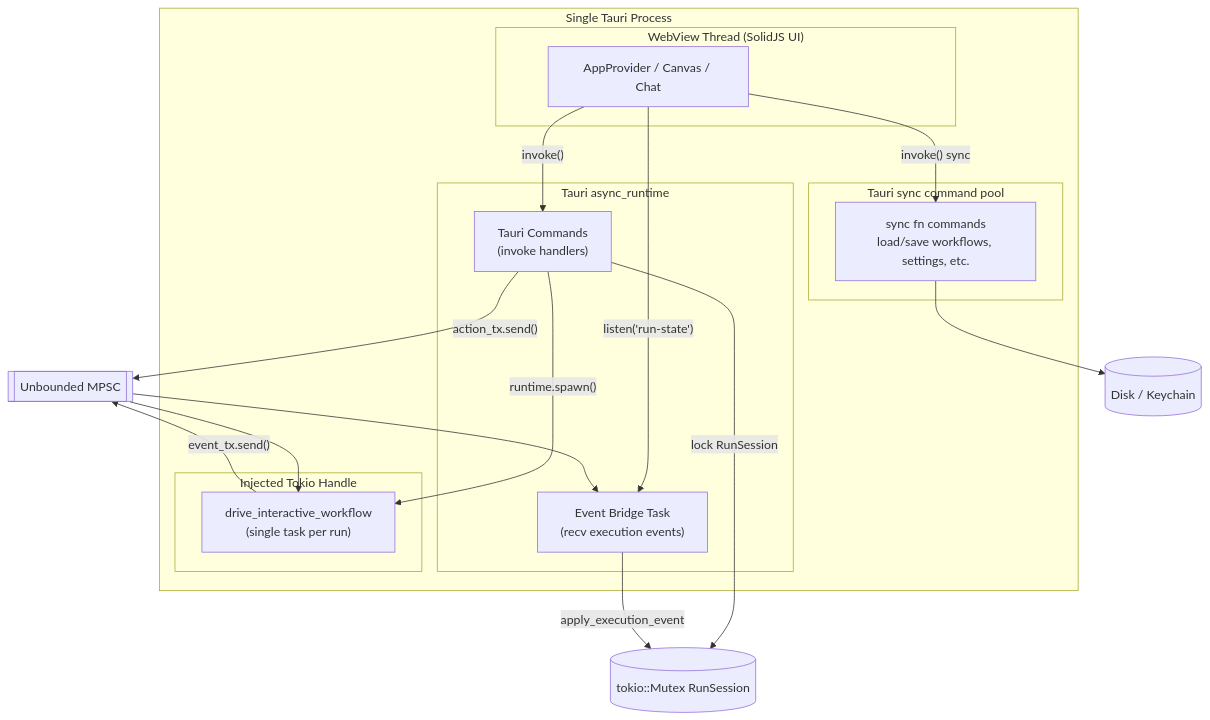
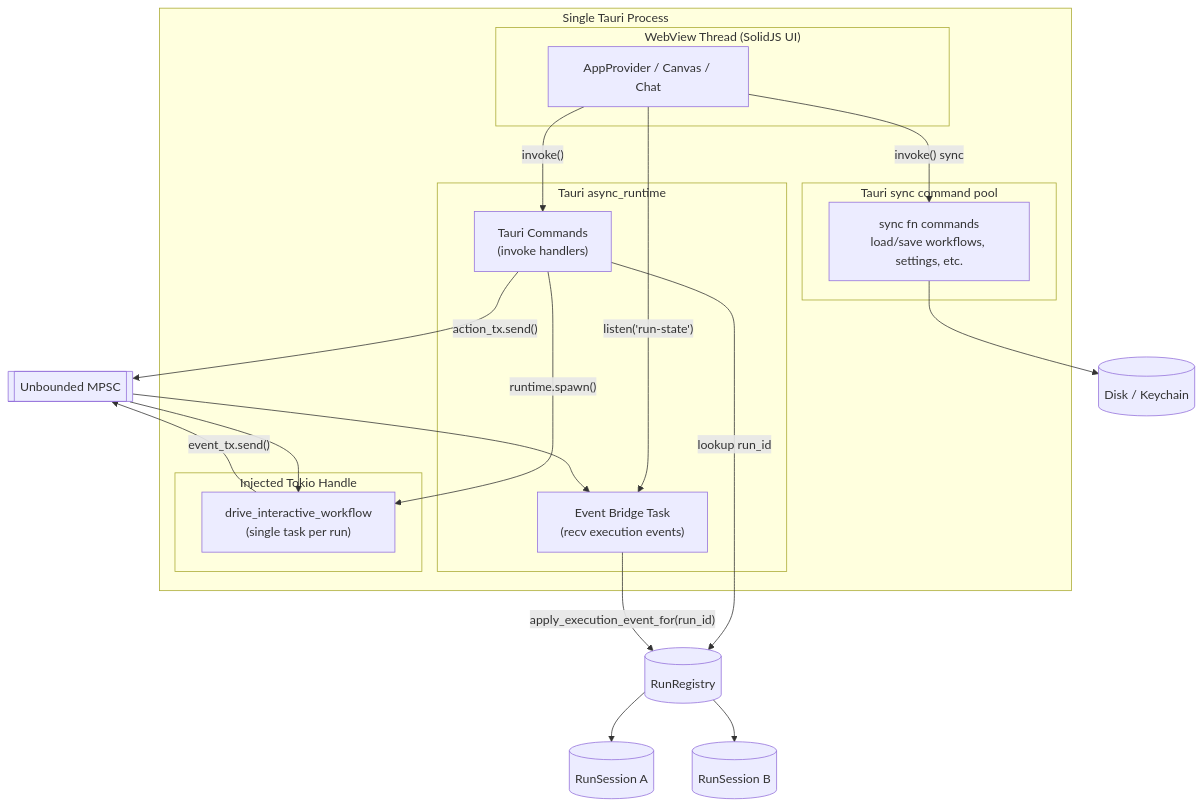
The first of 7 diagrams in docs/architecture/threading-concurrency.md (philbotar/OpenFlow), drawn with Mermaid before and after one commit. The commit also changed other lines of this file and 191 other files, not shown here.

Commit message:
Update .gitignore, enhance AGENTS.md with MCP inputs, and modify Cargo files for new dependencies. Add new tests for chat runtime and composer layout, and implement MCP configuration commands in settings. Improve run event handling in app lifecycle and commands.

````diff
--- a/docs/architecture/threading-concurrency.md
+++ b/docs/architecture/threading-concurrency.md
@@ -25,33 +25,35 @@
 ```mermaid
 flowchart TB
     subgraph Process["Single Tauri Process"]
         subgraph WebView["WebView Thread (SolidJS UI)"]
             UI["AppProvider / Canvas / Chat"]
         end
 
         subgraph TauriRT["Tauri async_runtime"]
             TC["Tauri Commands<br/>(invoke handlers)"]
             EB["Event Bridge Task<br/>(recv execution events)"]
         end
 
         subgraph BackendRT["Injected Tokio Handle"]
             EX["drive_interactive_workflow<br/>(single task per run)"]
         end
 
         subgraph SyncPool["Tauri sync command pool"]
             SC["sync fn commands<br/>load/save workflows, settings, etc."]
         end
     end
 
     UI -->|"invoke()"| TC
     UI -->|"listen('run-state')"| EB
-    TC -->|"lock RunSession"| RS[("tokio::Mutex RunSession")]
-    EB -->|"apply_execution_event"| RS
+    TC -->|"lookup run_id"| RR[("RunRegistry")]
+    EB -->|"apply_execution_event_for(run_id)"| RR
+    RR --> RS1[("RunSession A")]
+    RR --> RS2[("RunSession B")]
     TC -->|"action_tx.send()"| CH[["Unbounded MPSC"]]
     EX -->|"event_tx.send()"| CH
     CH --> EB
     CH --> EX
     TC -->|"runtime.spawn()"| EX
     UI -->|"invoke() sync"| SC
     SC --> FS[("Disk / Keychain")]
 ```
````
